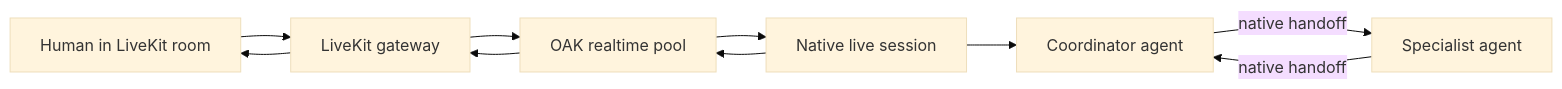
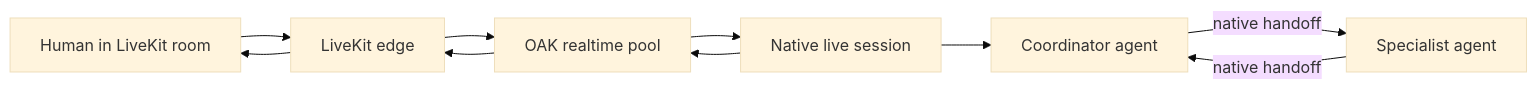
One commit to yaalalabs/agent-kernel changed the diagram in docs/docs/architecture/realtime-internals.md. Above: the diagram before and after it, drawn with Mermaid (base theme). The commit also changed other lines of this file and 135 other files, not shown here.

First line of the commit message:
feat(livekit): edge support and one room per call (#941)

````diff
--- a/docs/docs/architecture/realtime-internals.md
+++ b/docs/docs/architecture/realtime-internals.md
@@ -7,10 +7,10 @@
 ```mermaid
 flowchart LR
-    H[Human in LiveKit room] --> G[LiveKit gateway]
+    H[Human in LiveKit room] --> G[LiveKit edge]
     G --> P[OAK realtime pool]
     P --> N[Native live session]
     N --> A[Coordinator agent]
     A -->|native handoff| B[Specialist agent]
     B -->|native handoff| A
     N --> P --> G --> H
 ```
````
